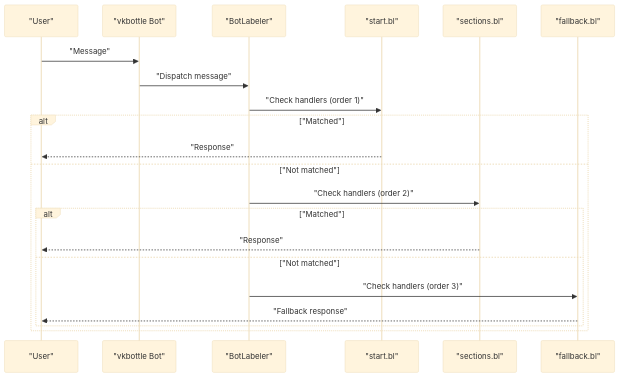
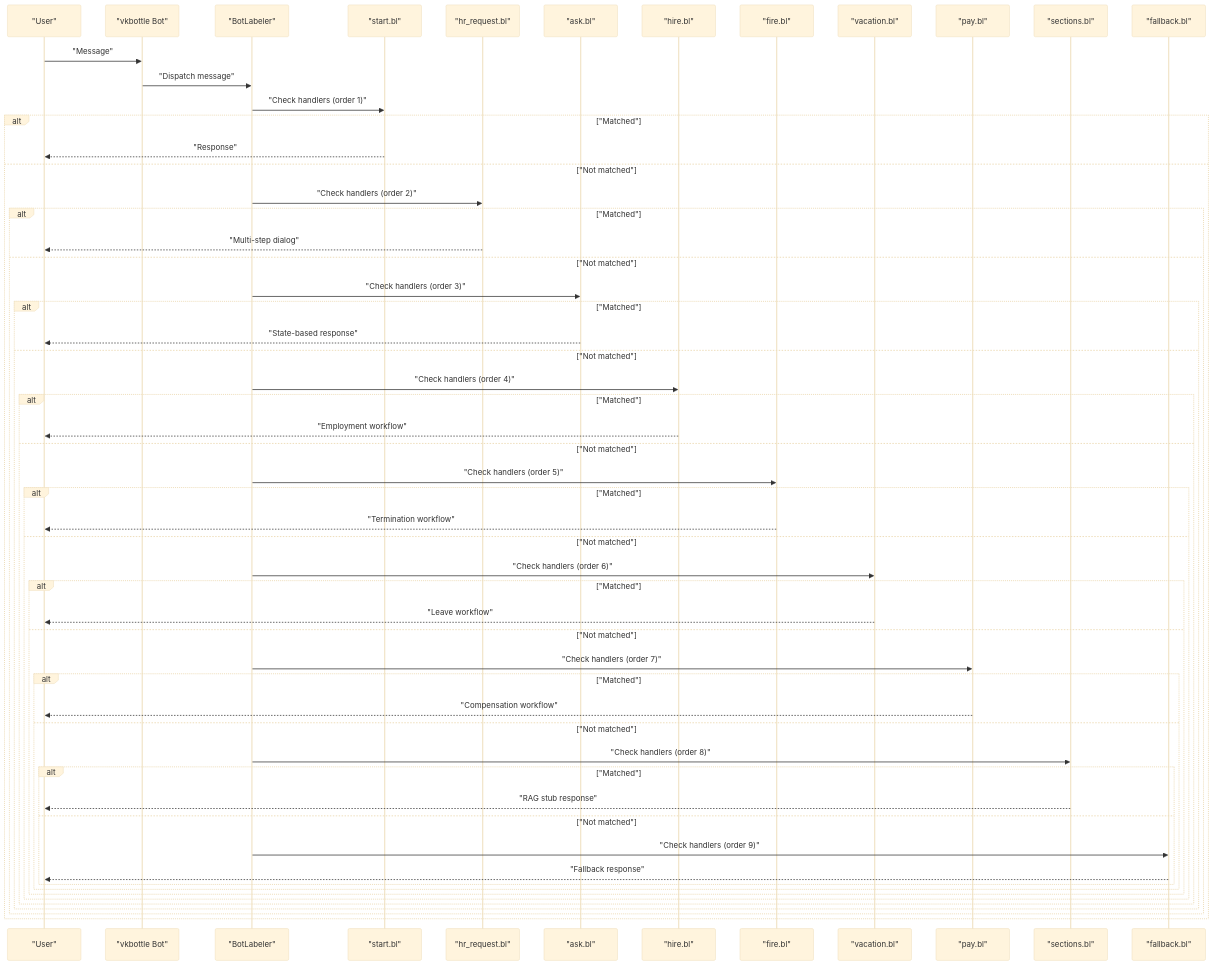
Before and after one commit to ognelis/cafetera_hr_bot: the second of 3 diagrams in .qoder/repowiki/en/content/VK Integration/Handler Registration and Ordering.md, drawn with Mermaid (base theme). The commit also changed other lines of this file and 15 other files, not shown here.

````diff
--- a/.qoder/repowiki/en/content/VK Integration/Handler Registration and Ordering.md
+++ b/.qoder/repowiki/en/content/VK Integration/Handler Registration and Ordering.md
@@ -95,23 +135,59 @@
 ```mermaid
 sequenceDiagram
 participant User as "User"
 participant Bot as "vkbottle Bot"
 participant Labeler as "BotLabeler"
 participant Start as "start.bl"
+participant HRRequest as "hr_request.bl"
+participant Ask as "ask.bl"
+participant Hire as "hire.bl"
+participant Fire as "fire.bl"
+participant Vacation as "vacation.bl"
+participant Pay as "pay.bl"
 participant Sections as "sections.bl"
 participant Fallback as "fallback.bl"
 User->>Bot : "Message"
 Bot->>Labeler : "Dispatch message"
 Labeler->>Start : "Check handlers (order 1)"
 alt "Matched"
 Start-->>User : "Response"
 else "Not matched"
-Labeler->>Sections : "Check handlers (order 2)"
+Labeler->>HRRequest : "Check handlers (order 2)"
 alt "Matched"
-Sections-->>User : "Response"
+HRRequest-->>User : "Multi-step dialog"
 else "Not matched"
-Labeler->>Fallback : "Check handlers (order 3)"
+Labeler->>Ask : "Check handlers (order 3)"
+alt "Matched"
+Ask-->>User : "State-based response"
+else "Not matched"
+Labeler->>Hire : "Check handlers (order 4)"
+alt "Matched"
+Hire-->>User : "Employment workflow"
+else "Not matched"
+Labeler->>Fire : "Check handlers (order 5)"
+alt "Matched"
+Fire-->>User : "Termination workflow"
+else "Not matched"
+Labeler->>Vacation : "Check handlers (order 6)"
+alt "Matched"
+Vacation-->>User : "Leave workflow"
+else "Not matched"
+Labeler->>Pay : "Check handlers (order 7)"
+alt "Matched"
+Pay-->>User : "Compensation workflow"
+else "Not matched"
+Labeler->>Sections : "Check handlers (order 8)"
+alt "Matched"
+Sections-->>User : "RAG stub response"
+else "Not matched"
+Labeler->>Fallback : "Check handlers (order 9)"
 Fallback-->>User : "Fallback response"
 end
 end
+end
+end
+end
+end
+end
+end
 ```
````
